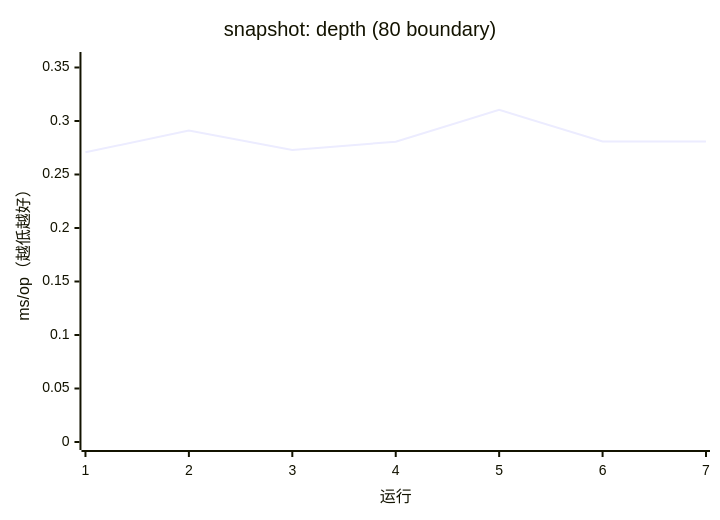
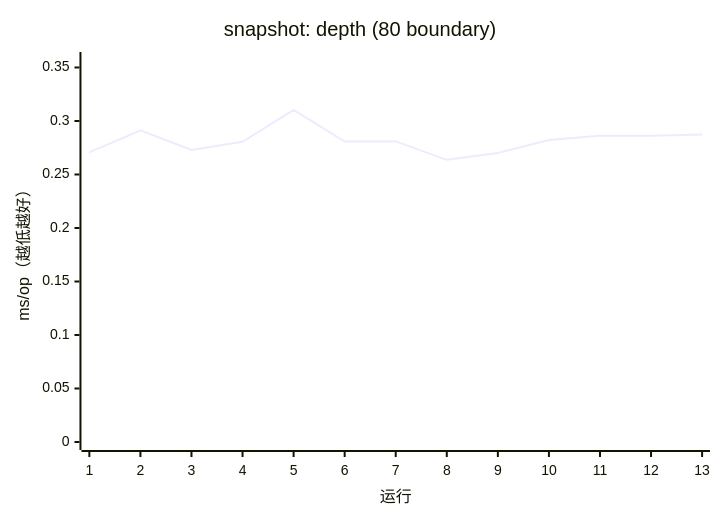
Before and after one commit to AIluffy/io: the second of 17 diagrams in apps/docs/src/content/docs/guides/benchmark.mdx, drawn with Mermaid. The commit also changed other lines of this file and 11 other files, not shown here.

````diff
--- a/apps/docs/src/content/docs/guides/benchmark.mdx
+++ b/apps/docs/src/content/docs/guides/benchmark.mdx
@@ -106,7 +193,7 @@
 ```mermaid
 xychart-beta
   title "snapshot: depth (80 boundary)"
-  x-axis "运行" [1, 2, 3, 4, 5, 6, 7]
+  x-axis "运行" [1, 2, 3, 4, 5, 6, 7, 8, 9, 10, 11, 12, 13]
   y-axis "ms/op（越低越好）" 0 --> 0.357
-  line [0.2707, 0.2912, 0.273, 0.2806, 0.3104, 0.2808, 0.2809]
+  line [0.2707, 0.2912, 0.273, 0.2806, 0.3104, 0.2808, 0.2809, 0.2637, 0.27, 0.2822, 0.2861, 0.2861, 0.2873]
 ```
````
